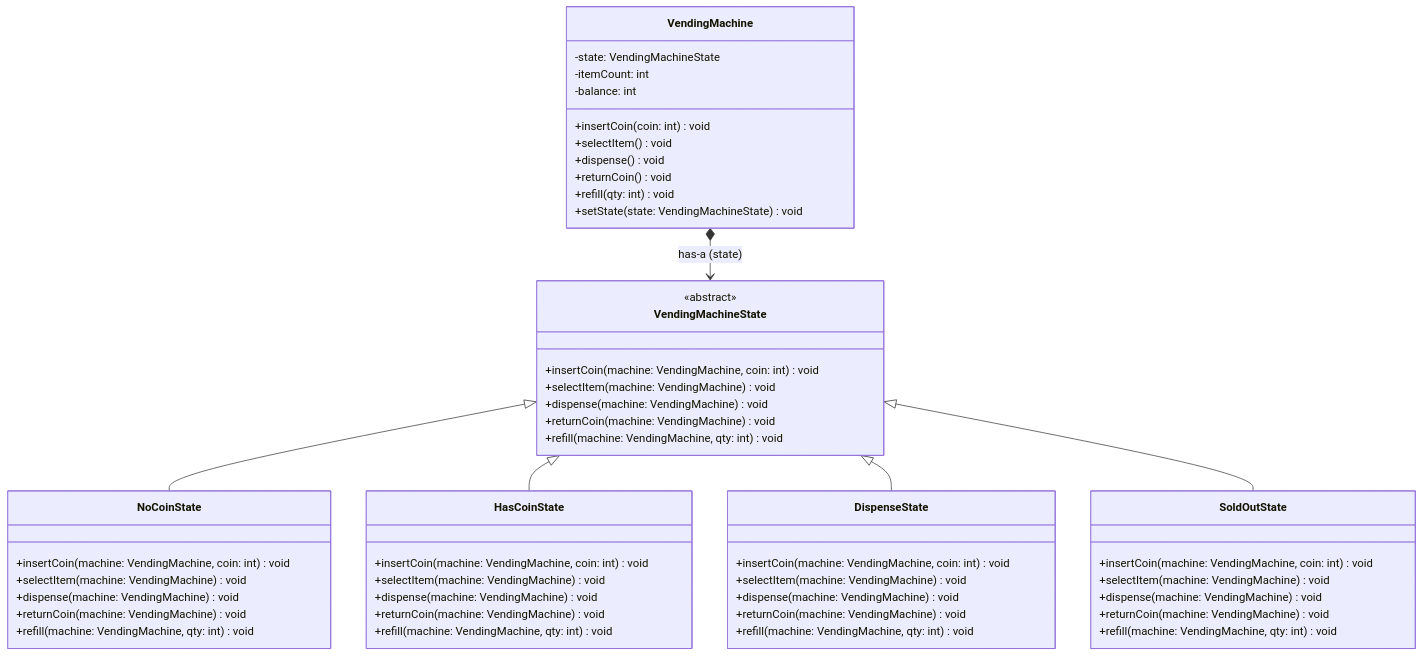
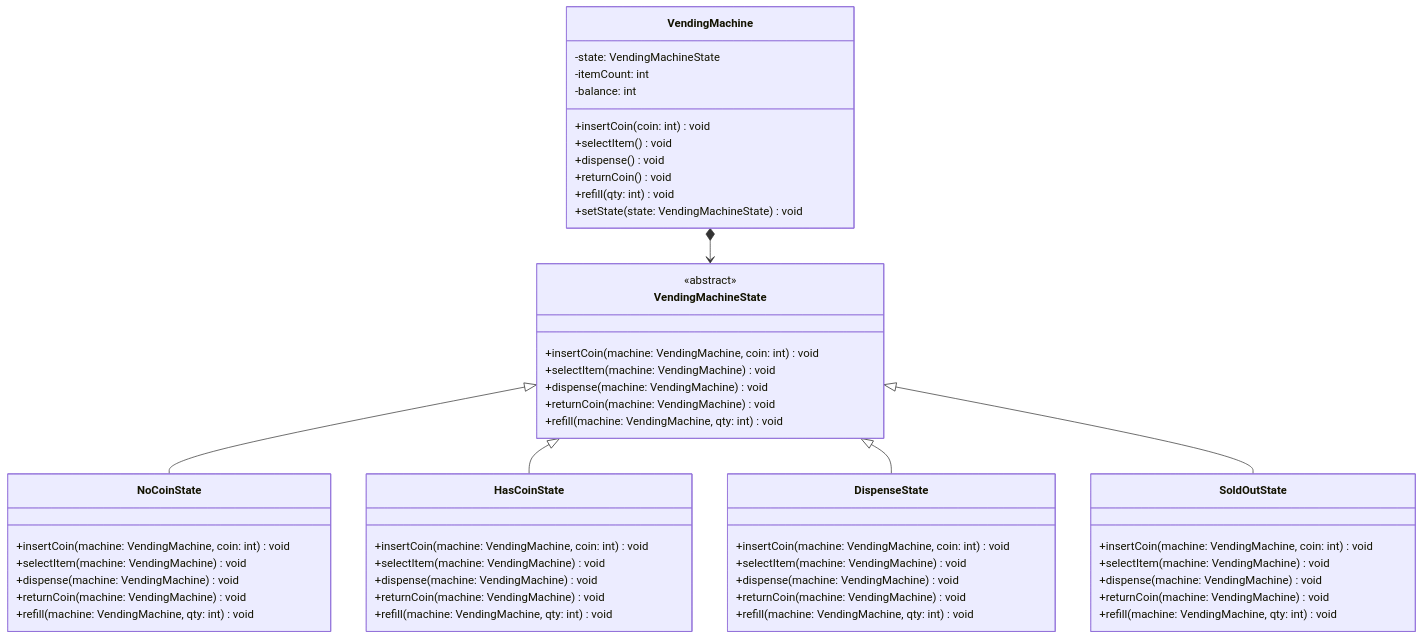
Before and after one commit to kubrck/LLD: the diagram in src/state/README.md, drawn with Mermaid. The commit also changed 10 other files, not shown here.

Commit message:
docs(uml): simplify all diagrams to only is-a and has-a relationships

````diff
--- a/src/state/README.md
+++ b/src/state/README.md
@@ -7,62 +7,62 @@
 ```mermaid
 classDiagram
     class VendingMachineState {
         <<abstract>>
         +insertCoin(machine: VendingMachine, coin: int) void
         +selectItem(machine: VendingMachine) void
         +dispense(machine: VendingMachine) void
         +returnCoin(machine: VendingMachine) void
         +refill(machine: VendingMachine, qty: int) void
     }
 
     class NoCoinState {
         +insertCoin(machine: VendingMachine, coin: int) void
         +selectItem(machine: VendingMachine) void
         +dispense(machine: VendingMachine) void
         +returnCoin(machine: VendingMachine) void
         +refill(machine: VendingMachine, qty: int) void
     }
 
     class HasCoinState {
         +insertCoin(machine: VendingMachine, coin: int) void
         +selectItem(machine: VendingMachine) void
         +dispense(machine: VendingMachine) void
         +returnCoin(machine: VendingMachine) void
         +refill(machine: VendingMachine, qty: int) void
     }
 
     class DispenseState {
         +insertCoin(machine: VendingMachine, coin: int) void
         +selectItem(machine: VendingMachine) void
         +dispense(machine: VendingMachine) void
         +returnCoin(machine: VendingMachine) void
         +refill(machine: VendingMachine, qty: int) void
     }
 
     class SoldOutState {
         +insertCoin(machine: VendingMachine, coin: int) void
         +selectItem(machine: VendingMachine) void
         +dispense(machine: VendingMachine) void
         +returnCoin(machine: VendingMachine) void
         +refill(machine: VendingMachine, qty: int) void
     }
 
     class VendingMachine {
         -state: VendingMachineState
         -itemCount: int
         -balance: int
         +insertCoin(coin: int) void
         +selectItem() void
         +dispense() void
         +returnCoin() void
         +refill(qty: int) void
         +setState(state: VendingMachineState) void
     }
 
     VendingMachineState <|-- NoCoinState
     VendingMachineState <|-- HasCoinState
     VendingMachineState <|-- DispenseState
     VendingMachineState <|-- SoldOutState
 
-    VendingMachine *--> VendingMachineState : has-a (state)
+    VendingMachine *--> VendingMachineState
 ```
````
